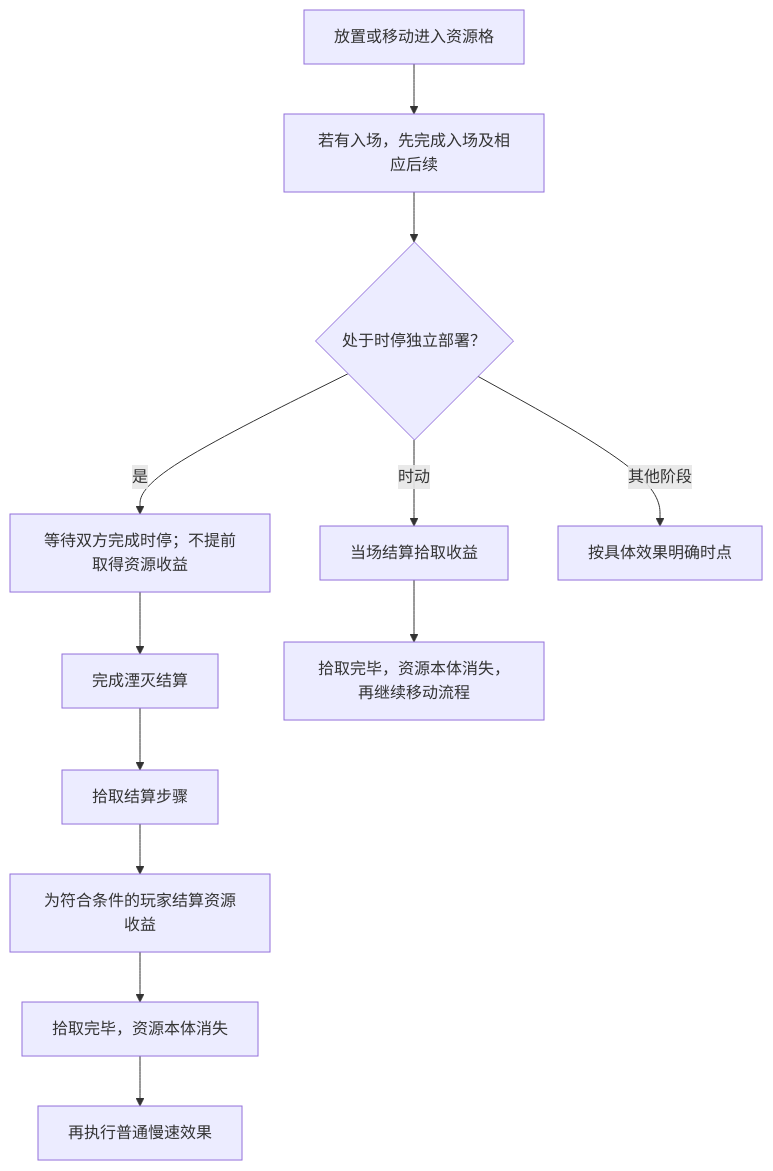
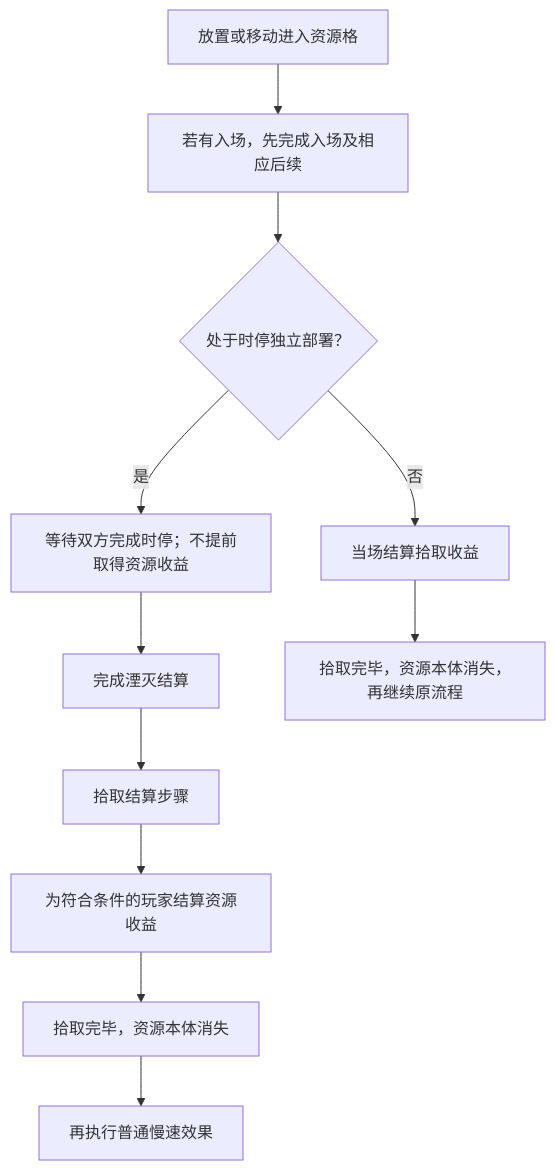
One commit to Time-Block-Hero/tbh-website changed the sixth of 6 diagrams in docs/rules/common/lifecycle.md. Above: the diagram before and after it, drawn with Mermaid. The commit also changed other lines of this file and 8 other files, not shown here.

````diff
--- a/docs/rules/common/lifecycle.md
+++ b/docs/rules/common/lifecycle.md
@@ -421,14 +421,13 @@
 ```mermaid
 flowchart TD
   enter["放置或移动进入资源格"] --> entry["若有入场，先完成入场及相应后续"]
   entry --> stop{"处于时停独立部署？"}
   stop -->|是| wait["等待双方完成时停；不提前取得资源收益"]
   wait --> annihilate["完成湮灭结算"]
   annihilate --> pickup["拾取结算步骤"]
   pickup --> effect["为符合条件的玩家结算资源收益"]
   effect --> gone["拾取完毕，资源本体消失"]
   gone --> slow["再执行普通慢速效果"]
-  stop -->|时动| immediate["当场结算拾取收益"]
-  immediate --> immediateGone["拾取完毕，资源本体消失，再继续移动流程"]
-  stop -->|其他阶段| pending["按具体效果明确时点"]
+  stop -->|否| immediate["当场结算拾取收益"]
+  immediate --> immediateGone["拾取完毕，资源本体消失，再继续原流程"]
 ```
````
